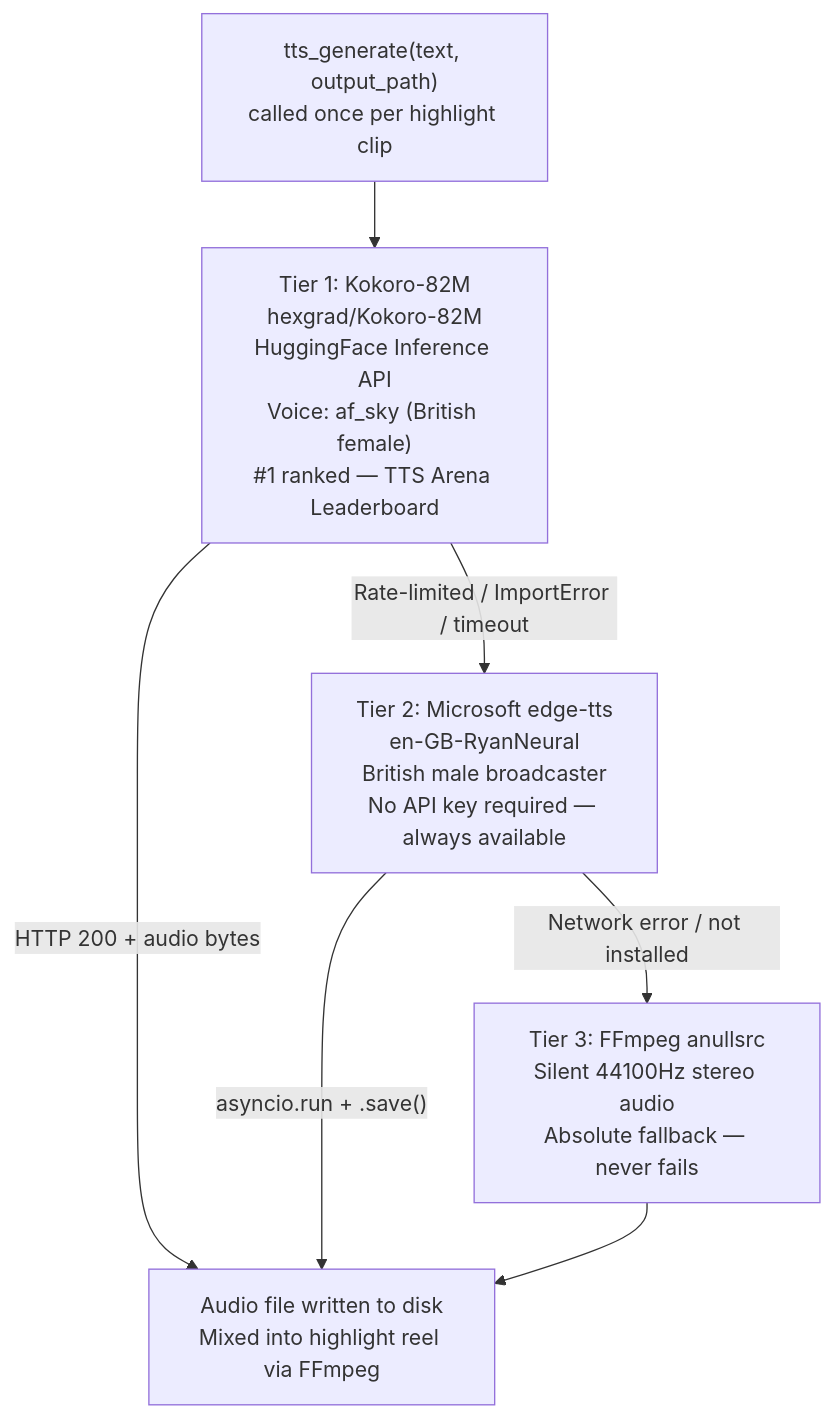
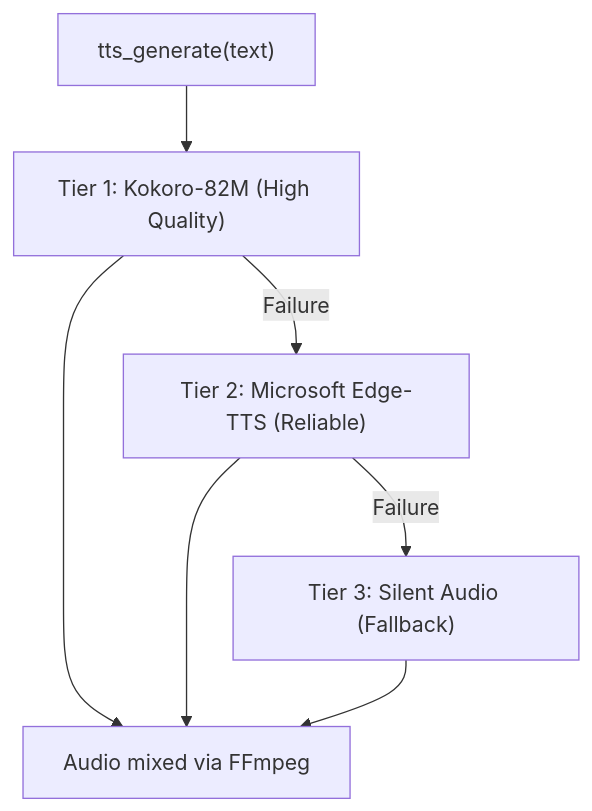
Before and after one commit to FTS18/Matcha-AI-DTU: the fourth of 4 diagrams in docs/ARCHITECTURE.md, drawn with Mermaid. The commit also changed other lines of this file and 10 other files, not shown here.

````diff
--- a/docs/ARCHITECTURE.md
+++ b/docs/ARCHITECTURE.md
@@ -493,23 +163,7 @@
 ```mermaid
 graph TD
-
-T["tts_generate(text, output_path)\ncalled once per highlight clip"] --> K
-
-K[" Tier 1: Kokoro-82M\nhexgrad/Kokoro-82M\nHuggingFace Inference API\nVoice: af_sky (British female)\n#1 ranked — TTS Arena Leaderboard"]
-
-K -- " HTTP 200 + audio bytes" --> OUT
-
-K -- " Rate-limited / ImportError / timeout" --> E
-
-E[" Tier 2: Microsoft edge-tts\nen-GB-RyanNeural\nBritish male broadcaster\nNo API key required — always available"]
-
-E -- " asyncio.run + .save()" --> OUT
-
-E -- " Network error / not installed" --> S
-
-S[" Tier 3: FFmpeg anullsrc\nSilent 44100Hz stereo audio\nAbsolute fallback — never fails"]
-
-S --> OUT
-
-OUT["Audio file written to disk\nMixed into highlight reel via FFmpeg"]
+    T["tts_generate(text)"] --> K["Tier 1: Kokoro-82M (High Quality)"]
+    K -- "Failure" --> E["Tier 2: Microsoft Edge-TTS (Reliable)"]
+    E -- "Failure" --> S["Tier 3: Silent Audio (Fallback)"]
+    K & E & S --> OUT["Audio mixed via FFmpeg"]
 ```
````
